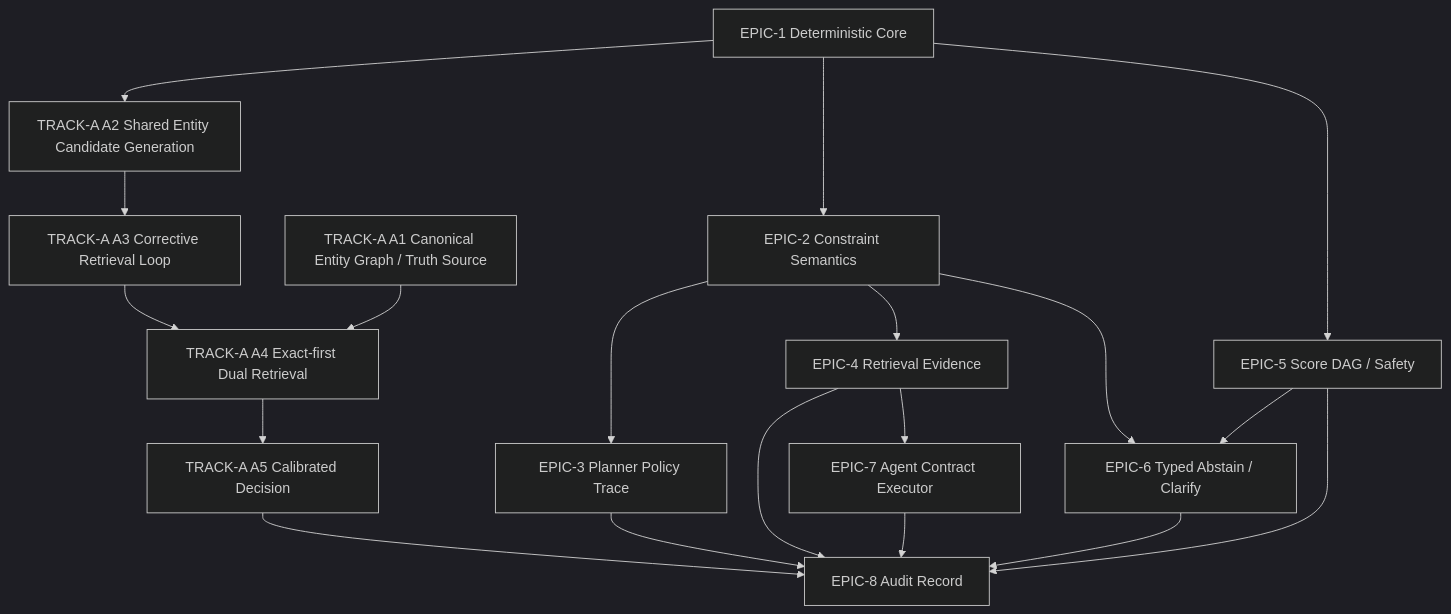
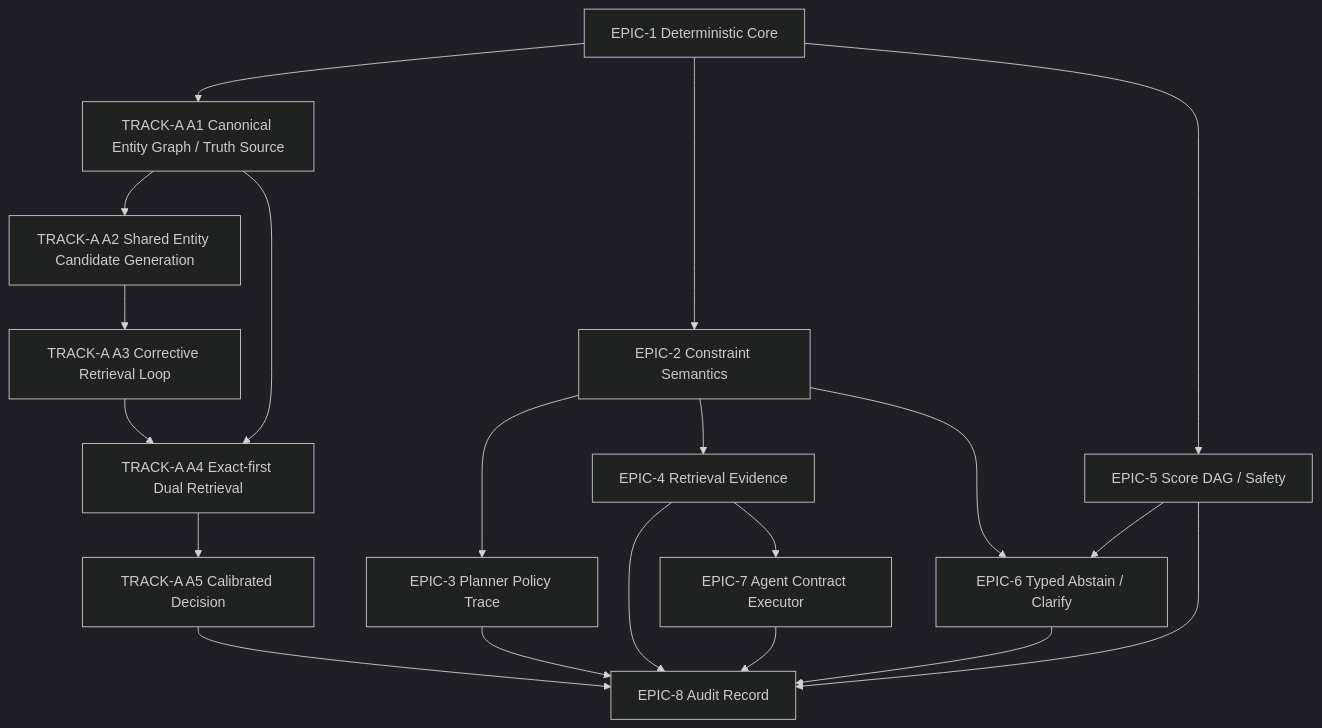
Before and after one commit to josongmin/wine-search-engine: the diagram in docs/rfc/rfc-apr-11-enhancing-engine/TASK-DAG.md, drawn with Mermaid (dark theme). The commit also changed other lines of this file and 130 other files, not shown here.

First line of the commit message:
feat: search snapshot, canonical entity graph, and benchmark plumbing

````diff
--- a/docs/rfc/rfc-apr-11-enhancing-engine/TASK-DAG.md
+++ b/docs/rfc/rfc-apr-11-enhancing-engine/TASK-DAG.md
@@ -11,37 +11,38 @@
 ```mermaid
 graph TD
   E1["EPIC-1 Deterministic Core"]
+  TA1["TRACK-A A1 Canonical Entity Graph / Truth Source"]
   TA2["TRACK-A A2 Shared Entity Candidate Generation"]
   TA3["TRACK-A A3 Corrective Retrieval Loop"]
-  TA1["TRACK-A A1 Canonical Entity Graph / Truth Source"]
   TA4["TRACK-A A4 Exact-first Dual Retrieval"]
   TA5["TRACK-A A5 Calibrated Decision"]
   E2["EPIC-2 Constraint Semantics"]
   E5["EPIC-5 Score DAG / Safety"]
   E3["EPIC-3 Planner Policy Trace"]
   E4["EPIC-4 Retrieval Evidence"]
   E6["EPIC-6 Typed Abstain / Clarify"]
   E8["EPIC-8 Audit Record"]
   E7["EPIC-7 Agent Contract Executor"]
 
-  E1 --> TA2
+  E1 --> TA1
+  TA1 --> TA2
   TA2 --> TA3
   TA3 --> TA4
   TA1 --> TA4
   TA4 --> TA5
 
   E1 --> E2
   E1 --> E5
   E2 --> E3
   E2 --> E4
   E2 --> E6
   E5 --> E6
   E3 --> E8
   E4 --> E8
   E5 --> E8
   E6 --> E8
   E4 --> E7
   E7 --> E8
 
   TA5 --> E8
 ```
````
